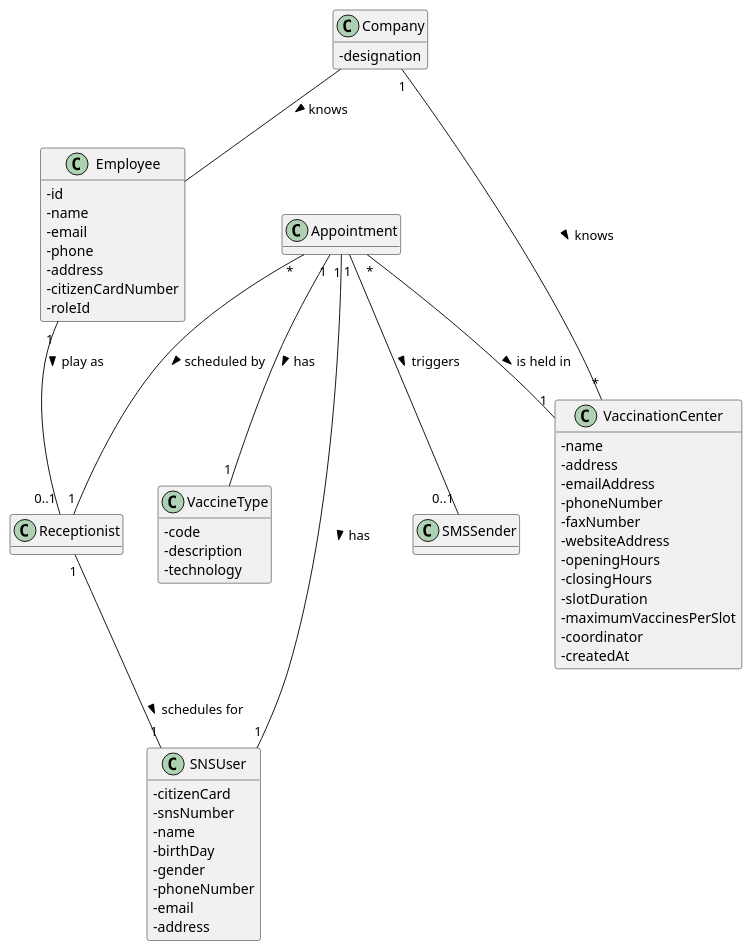
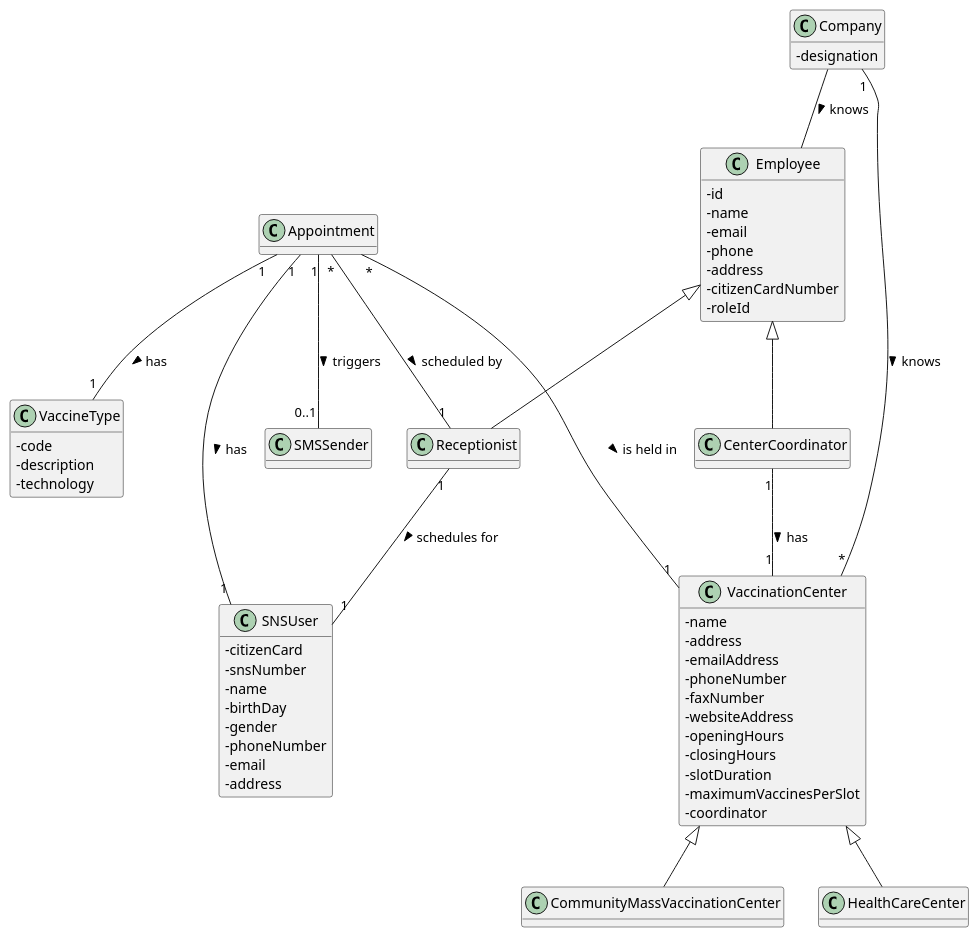
Before and after one commit to miseEnPlace-i/lapr2: the diagram in docs/SprintC/US02/DM/US02_DM.puml, drawn with PlantUML. The commit also changed 2 other files, not shown here.

```diff
--- a/docs/SprintC/US02/DM/US02_DM.puml
+++ b/docs/SprintC/US02/DM/US02_DM.puml
@@ -1,70 +1,79 @@
 @startuml  US02_DM
 hide methods
 skinparam classAttributeIconSize 0
 
 
 class Appointment {}
 
 class VaccineType {
   -code 
   -description
   -technology
 }
 
 class SNSUser {
   - citizenCard
   - snsNumber
   - name
   - birthDay
   - gender
   - phoneNumber
   - email
   - address
 }
 
 class VaccinationCenter{
   -name
   -address
   -emailAddress
   -phoneNumber
   -faxNumber
   -websiteAddress
   -openingHours  
   -closingHours
   -slotDuration
   -maximumVaccinesPerSlot
   -coordinator
-  -createdAt
 }
 
 class Company{
   -designation
 }
 
 class Receptionist {}
 
 class Employee {
   -id
   -name
   -email
   -phone
   -address
   -citizenCardNumber
   -roleId
 }
 
 class SMSSender {}
 
+class CenterCoordinator {}
+
+class CommunityMassVaccinationCenter {}
+
+class HealthCareCenter {}
+
 
 Appointment "1"  -- "1" VaccineType : has >
 Appointment "*" -- "1" VaccinationCenter : is held in >
 Company "1" -- "*" VaccinationCenter : knows >
 Appointment "*" -- "1" Receptionist : scheduled by >
 Receptionist "1" -- "1" SNSUser : schedules for >
 Appointment "1" -- "1" SNSUser : has >
-Employee "1" -- "0..1" Receptionist : play as >
+Employee <|-- Receptionist
+Employee <|-- CenterCoordinator
 Company -- Employee : knows >
 Appointment "1" -- "0..1" SMSSender : triggers >
+CenterCoordinator "1" -- "1" VaccinationCenter : has >
+VaccinationCenter <|-- CommunityMassVaccinationCenter
+VaccinationCenter <|-- HealthCareCenter
 
 
 @enduml
```
